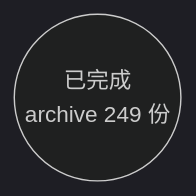
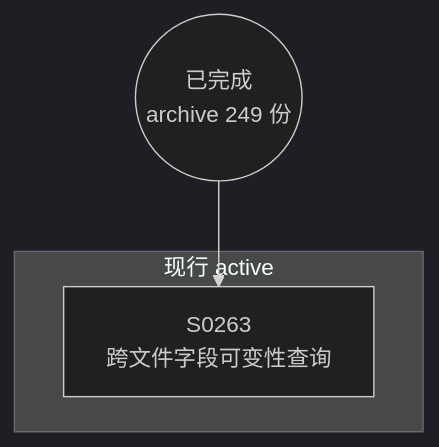
One commit to Halckon/Koven changed the diagram in docs/specs/dependency-graph.md. Above: the diagram before and after it, drawn with Mermaid (dark theme). The commit also changed other lines of this file and 17 other files, not shown here.

````diff
--- a/docs/specs/dependency-graph.md
+++ b/docs/specs/dependency-graph.md
@@ -9,4 +9,8 @@
 ```mermaid
 flowchart TD
 ARCH(("已完成<br/>archive 249 份"))
+subgraph Gactive["现行 active"]
+  S0263["S0263<br/>跨文件字段可变性查询"]
+end
+ARCH --> S0263
 ```
````
